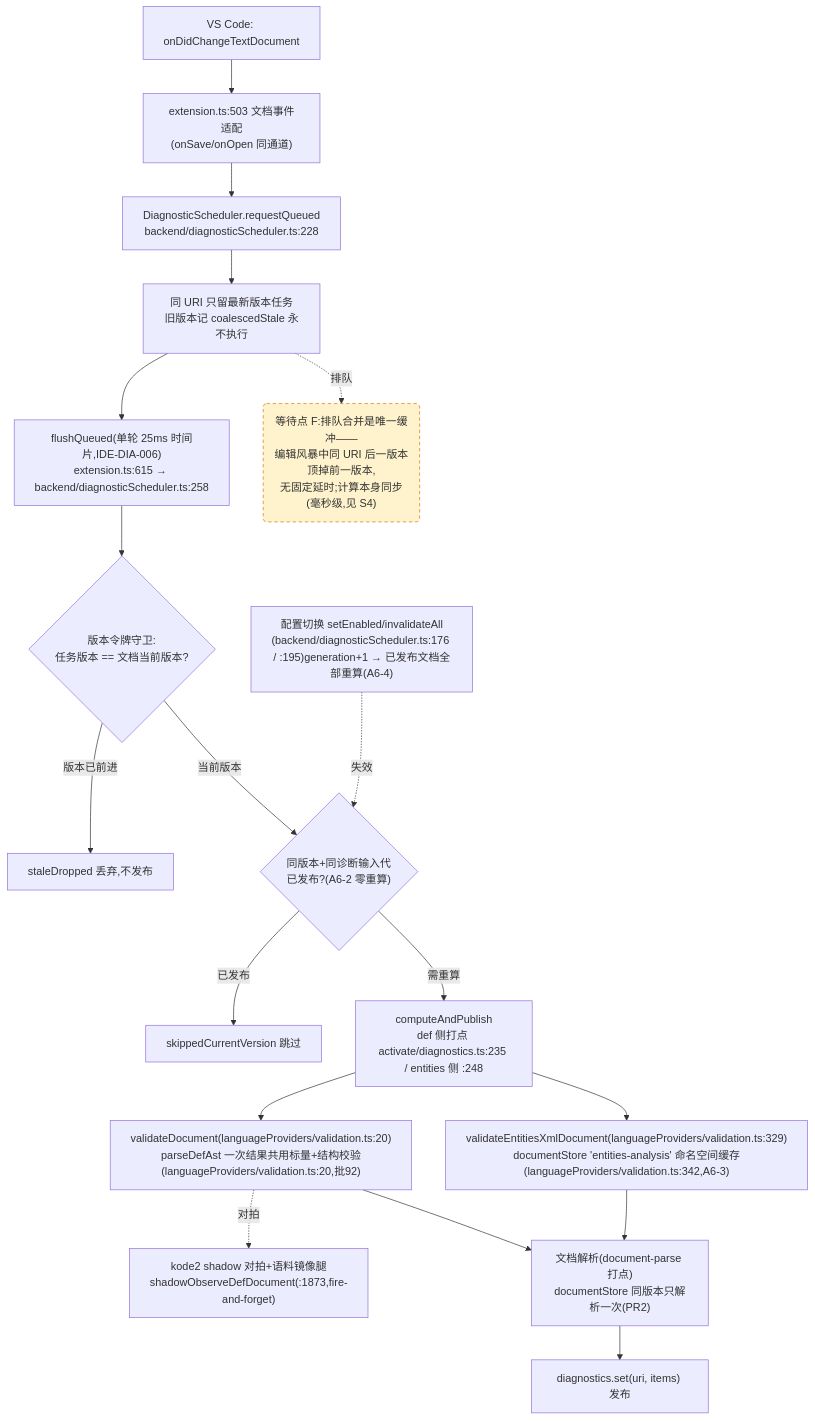
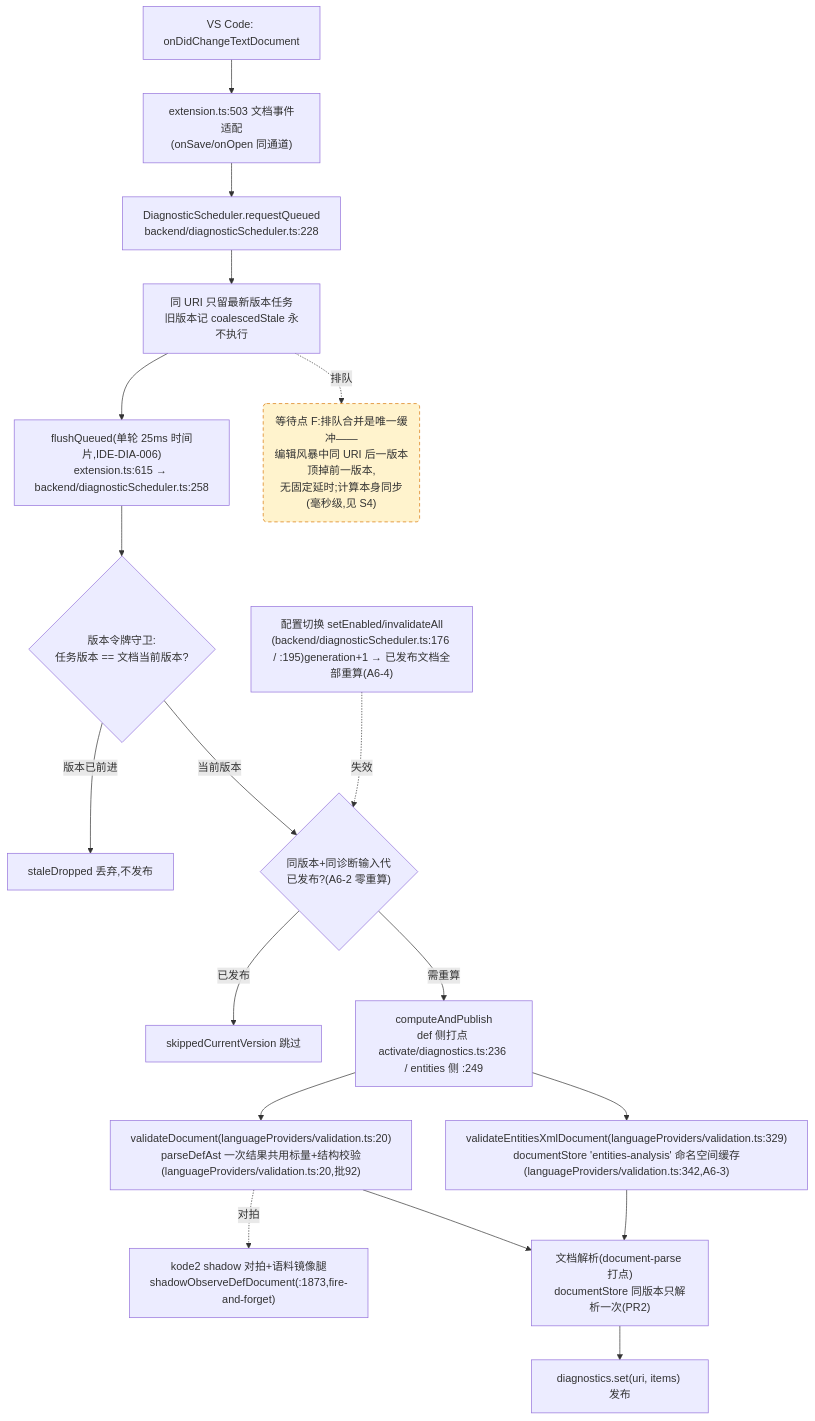
The fourth of 4 diagrams in docs/perf/2026-baseline.md (cuihairu/kode), drawn with Mermaid before and after one commit. The commit also changed other lines of this file and 41 other files, not shown here.

````diff
--- a/docs/perf/2026-baseline.md
+++ b/docs/perf/2026-baseline.md
@@ -242,38 +243,38 @@
 ```mermaid
 flowchart TD
   CHG["VS Code: onDidChangeTextDocument"]
   WATCH["extension.ts:503 文档事件适配<br/>(onSave/onOpen 同通道)"]
   RQ["DiagnosticScheduler.requestQueued<br/>backend/diagnosticScheduler.ts:228"]
   CO["同 URI 只留最新版本任务<br/>旧版本记 coalescedStale 永不执行"]
   FL["flushQueued(单轮 25ms 时间片,IDE-DIA-006)<br/>extension.ts:615 → backend/diagnosticScheduler.ts:258"]
   VG{"版本令牌守卫:<br/>任务版本 == 文档当前版本?"}
   DROP["staleDropped 丢弃,不发布"]
   GEN{"同版本+同诊断输入代<br/>已发布?(A6-2 零重算)"}
   SKIP["skippedCurrentVersion 跳过"]
-  CALC["computeAndPublish<br/>def 侧打点 activate/diagnostics.ts:235 / entities 侧 :248"]
+  CALC["computeAndPublish<br/>def 侧打点 activate/diagnostics.ts:236 / entities 侧 :249"]
   VD["validateDocument(languageProviders/validation.ts:20)<br/>parseDefAst 一次结果共用标量+结构校验(languageProviders/validation.ts:20,批92)"]
   VEX["validateEntitiesXmlDocument(languageProviders/validation.ts:329)<br/>documentStore 'entities-analysis' 命名空间缓存(languageProviders/validation.ts:342,A6-3)"]
   SHDD["kode2 shadow 对拍+语料镜像腿<br/>shadowObserveDefDocument(:1873,fire-and-forget)"]
   DS["文档解析(document-parse 打点)<br/>documentStore 同版本只解析一次(PR2)"]
   PUB["diagnostics.set(uri, items) 发布"]
   CFG2["配置切换 setEnabled/invalidateAll<br/>(backend/diagnosticScheduler.ts:176 / :195)generation+1 → 已发布文档全部重算(A6-4)"]
 
   CHG --> WATCH --> RQ --> CO --> FL --> VG
   VG -- "版本已前进" --> DROP
   VG -- "当前版本" --> GEN
   GEN -- "已发布" --> SKIP
   GEN -- "需重算" --> CALC
   CALC --> VD
   CALC --> VEX
   VD --> DS
   VEX --> DS
   DS --> PUB
   VD -.->|对拍| SHDD
   CFG2 -.->|失效| GEN
 
   WAITF("等待点 F:排队合并是唯一缓冲——<br/>编辑风暴中同 URI 后一版本顶掉前一版本,<br/>无固定延时;计算本身同步(毫秒级,见 S4)")
   CO -.->|排队| WAITF
 
   classDef waitPoint fill:#fff3cd,stroke:#d97706,stroke-dasharray:5 4;
   class WAITF waitPoint;
 ```
````
